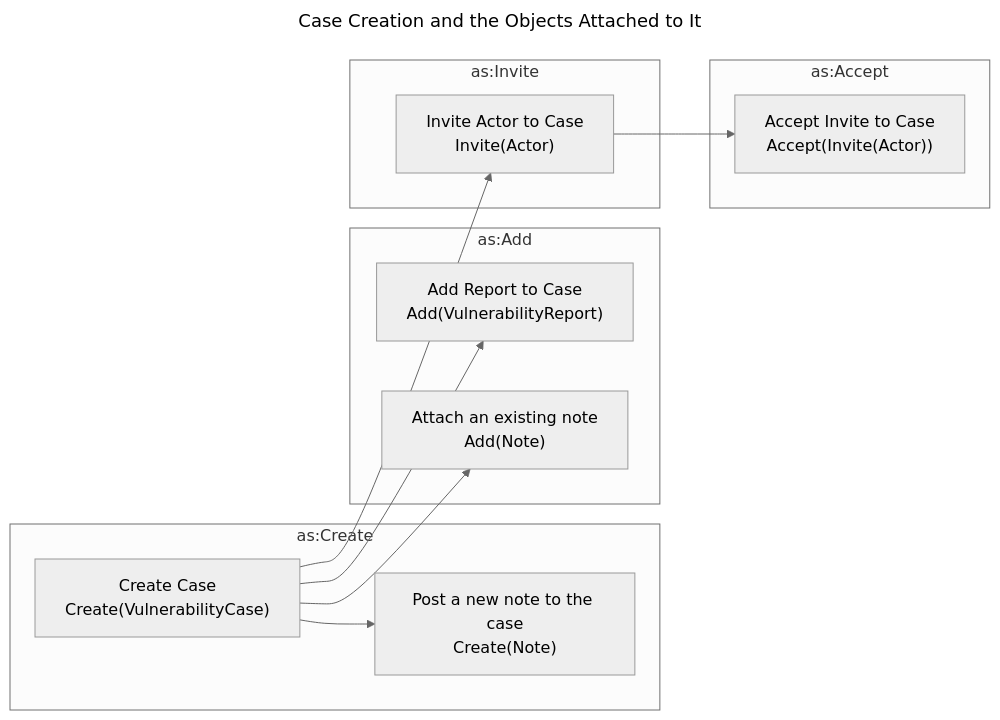
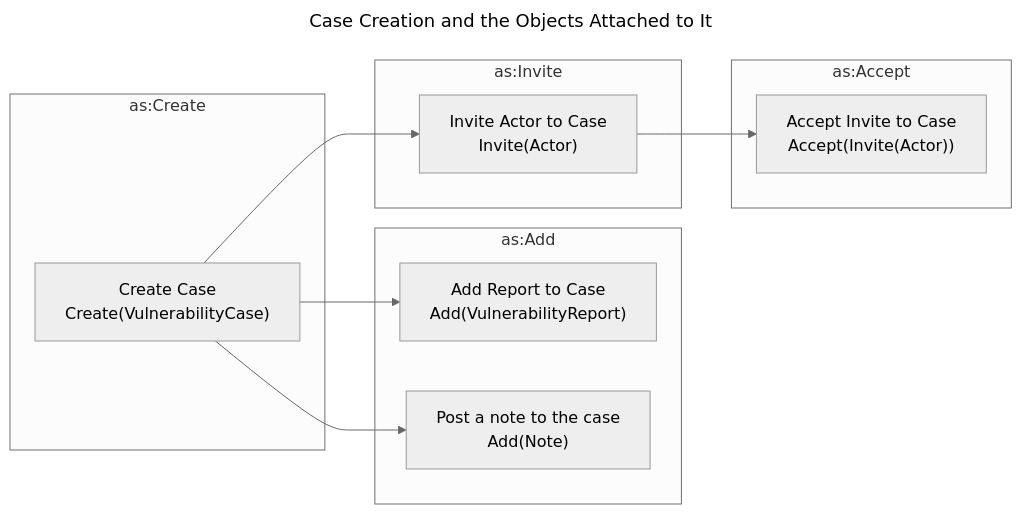
The diagram in docs/howto/activitypub/activities/initialize_case.md (CERTCC/Vultron), drawn with Mermaid (neutral theme) before and after one commit. The commit also changed other lines of this file and 9 other files, not shown here.

````diff
--- a/docs/howto/activitypub/activities/initialize_case.md
+++ b/docs/howto/activitypub/activities/initialize_case.md
@@ -30,25 +30,23 @@
 ```mermaid
 ---
 title: Case Creation and the Objects Attached to It
 ---
 flowchart LR
     subgraph as:Create
         CreateCase["Create Case<br/>Create(VulnerabilityCase)"]
-        CreateNote["Post a new note to the case<br/>Create(Note)"]
     end
     subgraph as:Add
         AddReportToCase["Add Report to Case<br/>Add(VulnerabilityReport)"]
-        AddNoteToCase["Attach an existing note<br/>Add(Note)"]
+        AddNoteToCase["Post a note to the case<br/>Add(Note)"]
     end
     subgraph as:Invite
         RmInviteToCase["Invite Actor to Case<br/>Invite(Actor)"]
     end
     subgraph as:Accept
         RmAcceptInviteToCase["Accept Invite to Case<br/>Accept(Invite(Actor))"]
     end
     CreateCase --> AddReportToCase
     CreateCase --> RmInviteToCase
     RmInviteToCase --> RmAcceptInviteToCase
-    CreateCase --> CreateNote
     CreateCase --> AddNoteToCase
 ```
````
